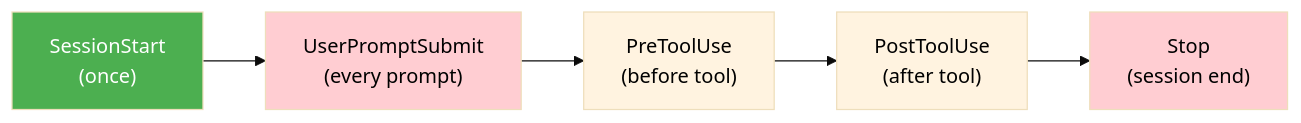
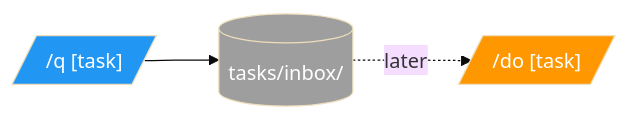
Before and after one commit to nicsuzor/academicOps: the fourth of 4 diagrams in docs/execution-flow.md, drawn with Mermaid (base theme). The commit also changed other lines of this file and 23 other files, not shown here.

````diff
--- a/docs/execution-flow.md
+++ b/docs/execution-flow.md
@@ -693,10 +219,8 @@
 ```mermaid
 flowchart LR
-    SS["SessionStart<br/>(once)"] --> UPS["UserPromptSubmit<br/>(every prompt)"] --> PTU["PreToolUse<br/>(before tool)"] --> POTU["PostToolUse<br/>(after tool)"] --> STOP["Stop<br/>(session end)"]
+    U1[/"/q [task]"/] --> T1[("tasks/inbox/")] -.->|later| D1[/"/do [task]"/]
 
-    style SS fill:#4caf50,color:#fff
-    style UPS fill:#ffcdd2,color:#000
-    style PTU fill:#fff3e0,color:#000
-    style POTU fill:#fff3e0,color:#000
-    style STOP fill:#ffcdd2,color:#000
+    style U1 fill:#2196f3,color:#fff
+    style T1 fill:#9e9e9e,color:#fff
+    style D1 fill:#ff9800,color:#fff
 ```
````
